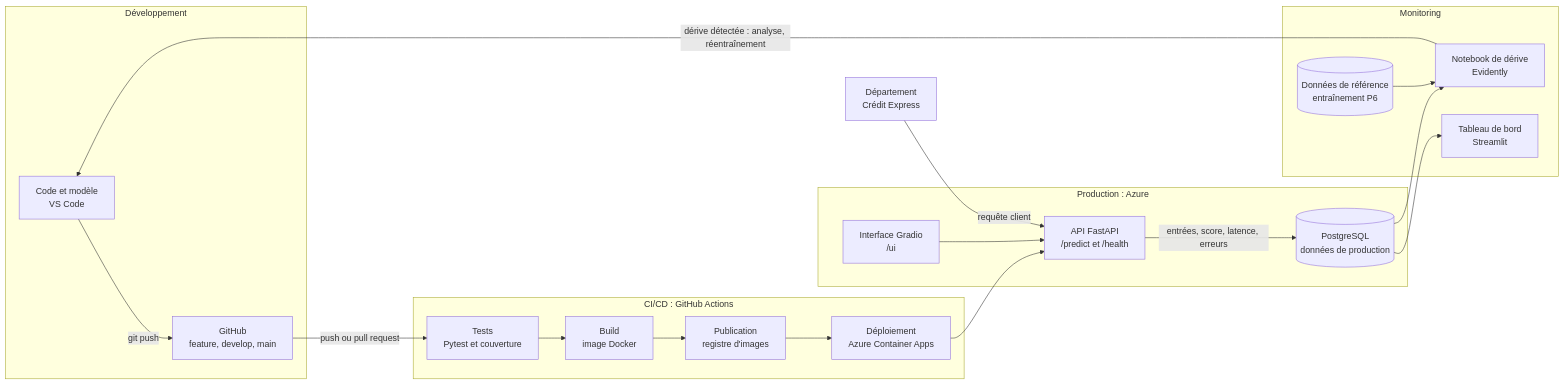
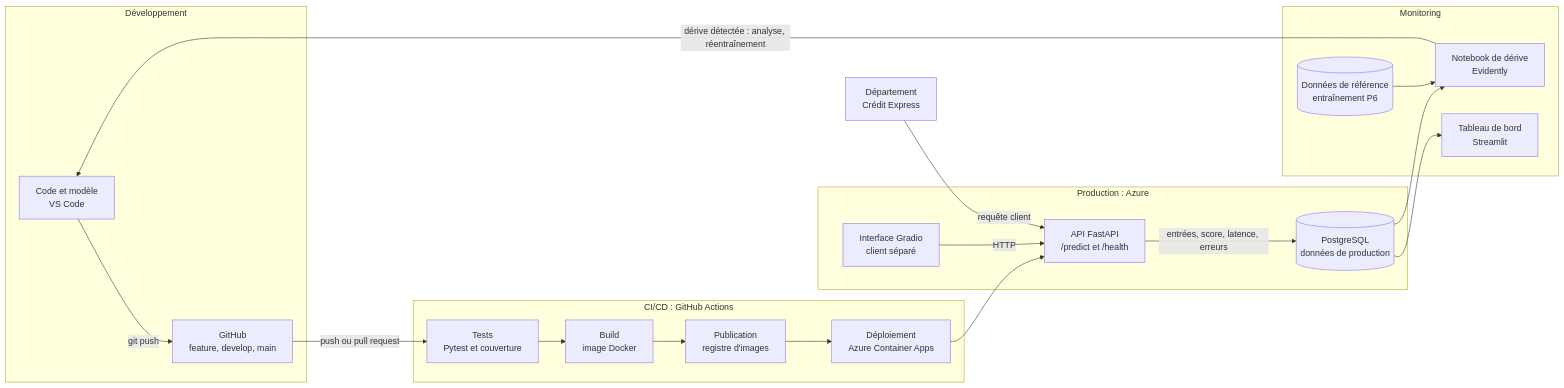
One commit to ouse4444/OC_DS_P8 changed the diagram in README.md. Above: the diagram before and after it, drawn with Mermaid. The commit also changed other lines of this file and 11 other files, not shown here.

Commit message:
refactor: separate Gradio UI from the API as an independent HTTP client

````diff
--- a/README.md
+++ b/README.md
@@ -16,30 +16,30 @@
 ```mermaid
 flowchart LR
     subgraph DEV["Développement"]
         A["Code et modèle<br/>VS Code"] -->|git push| B["GitHub<br/>feature, develop, main"]
     end
     subgraph CICD["CI/CD : GitHub Actions"]
         C["Tests<br/>Pytest et couverture"] --> D["Build<br/>image Docker"]
         D --> E["Publication<br/>registre d'images"]
         E --> F["Déploiement<br/>Azure Container Apps"]
     end
     subgraph PROD["Production : Azure"]
         G["API FastAPI<br/>/predict et /health"]
-        H["Interface Gradio<br/>/ui"]
+        H["Interface Gradio<br/>client séparé"]
         I[("PostgreSQL<br/>données de production")]
     end
     subgraph MON["Monitoring"]
         L[("Données de référence<br/>entraînement P6")]
         J["Notebook de dérive<br/>Evidently"]
         K["Tableau de bord<br/>Streamlit"]
     end
     B -->|push ou pull request| C
     F --> G
-    H --> G
+    H -->|HTTP| G
     U["Département<br/>Crédit Express"] -->|requête client| G
     G -->|entrées, score, latence, erreurs| I
     I --> J
     L --> J
     I --> K
     J -->|dérive détectée : analyse, réentraînement| A
 ```
````
